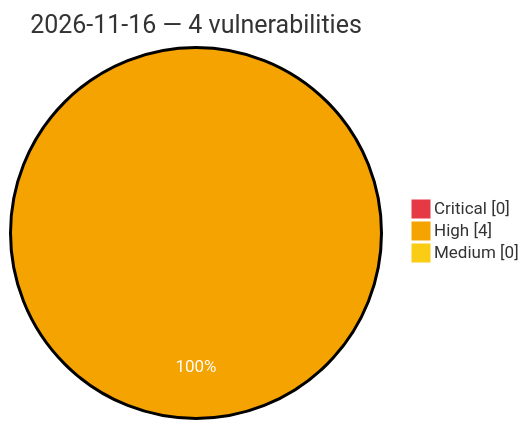
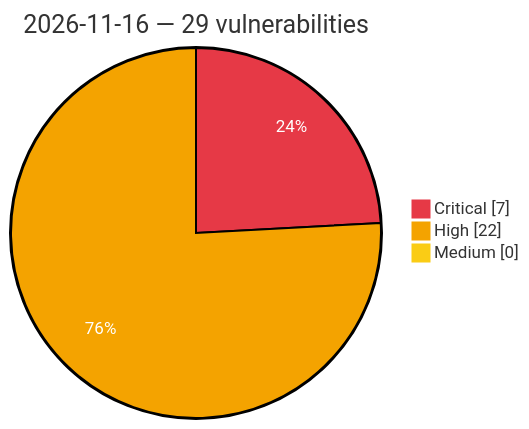
The diagram in vulnerabilities/2026/November/2026-11-16.md (GhostX0X/vuln-tracker), drawn with Mermaid before and after one commit. The commit also changed other lines of this file and 5 other files, not shown here.

Commit message:
Auto update: critical/high vulns (2026-11-16 16:26 UTC)

````diff
--- a/vulnerabilities/2026/November/2026-11-16.md
+++ b/vulnerabilities/2026/November/2026-11-16.md
@@ -3,8 +3,8 @@
 ```mermaid
 %%{init: {'theme':'base', 'themeVariables': {'pie1':'#e63946', 'pie2':'#f4a300', 'pie3':'#facc15', 'pieOpacity':'1', 'pieOuterStrokeWidth':'2px', 'pieSectionTextColor':'#ffffff'}}}%%
 pie showData
-    title 2026-11-16 — 4 vulnerabilities
-    "Critical" : 0
-    "High" : 4
+    title 2026-11-16 — 29 vulnerabilities
+    "Critical" : 7
+    "High" : 22
     "Medium" : 0
 ```
````
